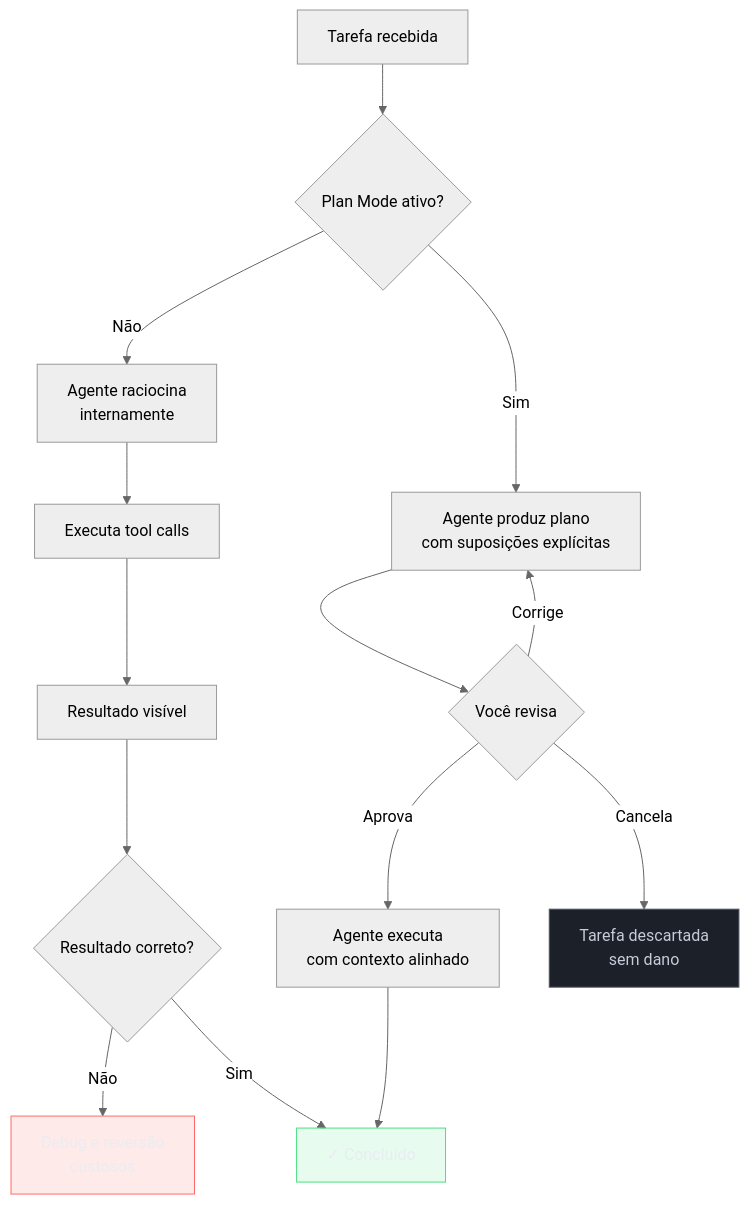
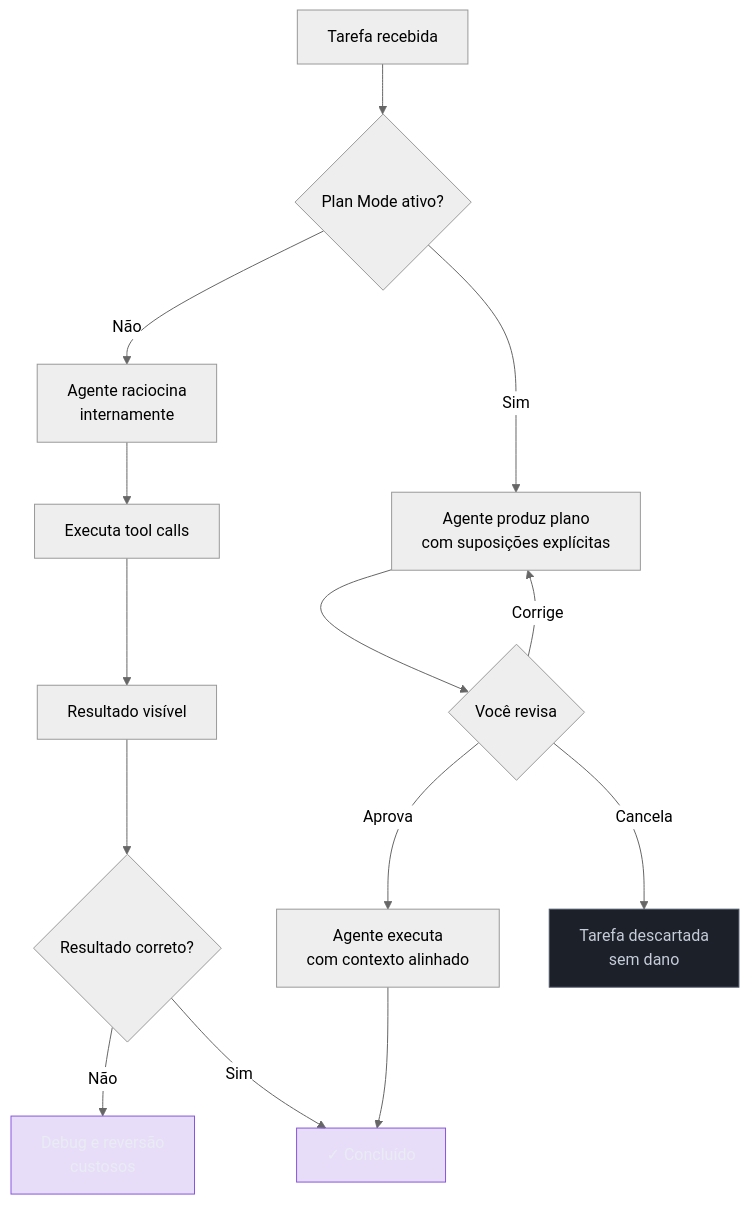
Before and after one commit to josenaldo/codex-technomanticus: the diagram in 03-Dominios/Tecnologia/IA/Claude Code/Workflows/01 - Plan Mode.md, drawn with Mermaid (neutral theme). The commit also changed 601 other files, not shown here.

````diff
--- a/03-Dominios/Tecnologia/IA/Claude Code/Workflows/01 - Plan Mode.md
+++ b/03-Dominios/Tecnologia/IA/Claude Code/Workflows/01 - Plan Mode.md
@@ -50,25 +50,24 @@
 ```mermaid
 flowchart TD
-    classDef falha fill:#FF6B6B24,stroke:#FF6B6B,color:#E9ECF2
-    classDef ok fill:#4ADE8021,stroke:#4ADE80,color:#E9ECF2
+    classDef marca fill:#8855DF33,stroke:#8855DF,color:#E9ECF2
     classDef neutro fill:#1B2029,stroke:#4E5666,color:#C6CCD8
     A[Tarefa recebida] --> B{Plan Mode ativo?}
 
     B -- Não --> C[Agente raciocina<br/>internamente]
     C --> D[Executa tool calls]
     D --> E[Resultado visível]
     E --> F{Resultado correto?}
     F -- Não --> G[Debug e reversão<br/>custosos]
     F -- Sim --> H[✓ Concluído]
 
     B -- Sim --> I[Agente produz plano<br/>com suposições explícitas]
     I --> J{Você revisa}
     J -- Aprova --> K[Agente executa<br/>com contexto alinhado]
     K --> H
     J -- Corrige --> I
     J -- Cancela --> L[Tarefa descartada<br/>sem dano]
 
-    class G falha
-    class H ok
+    class G marca
+    class H marca
     class L neutro
 ```
````
